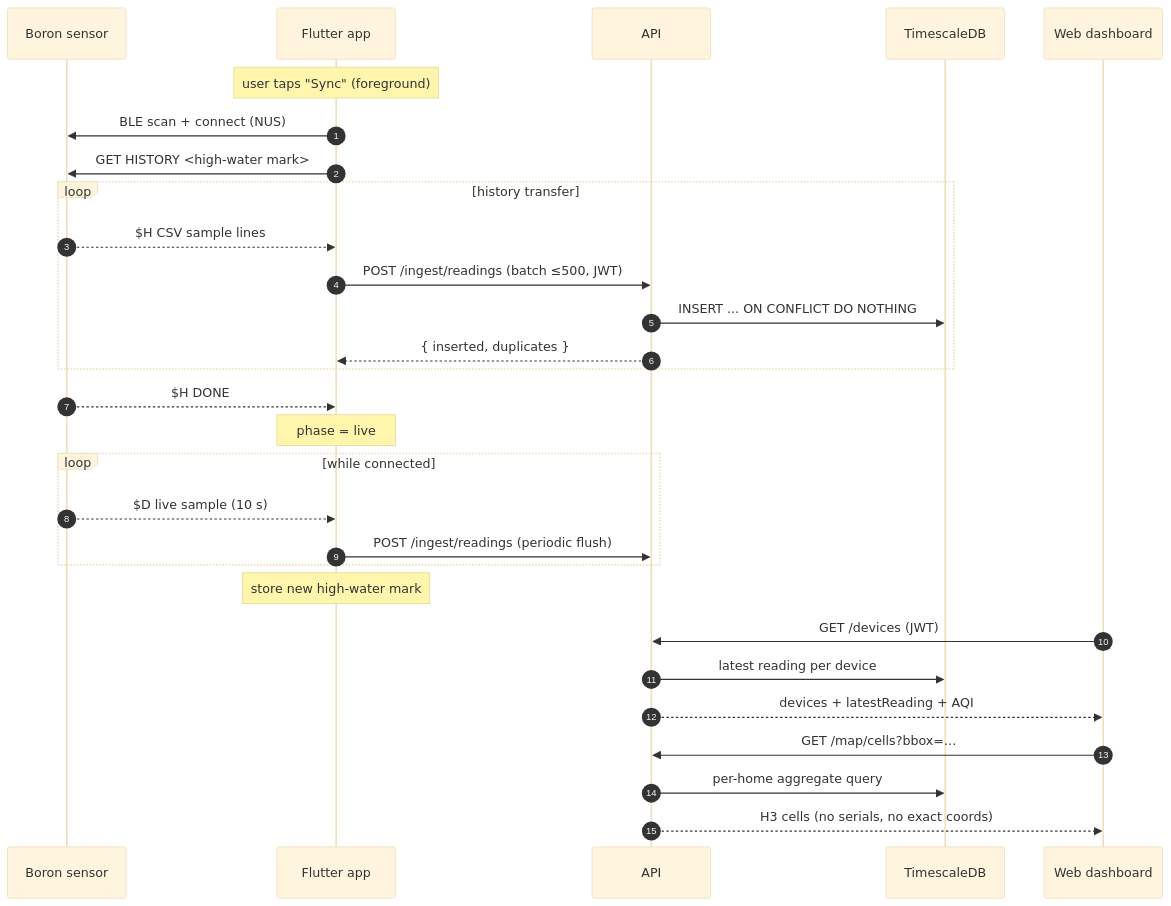
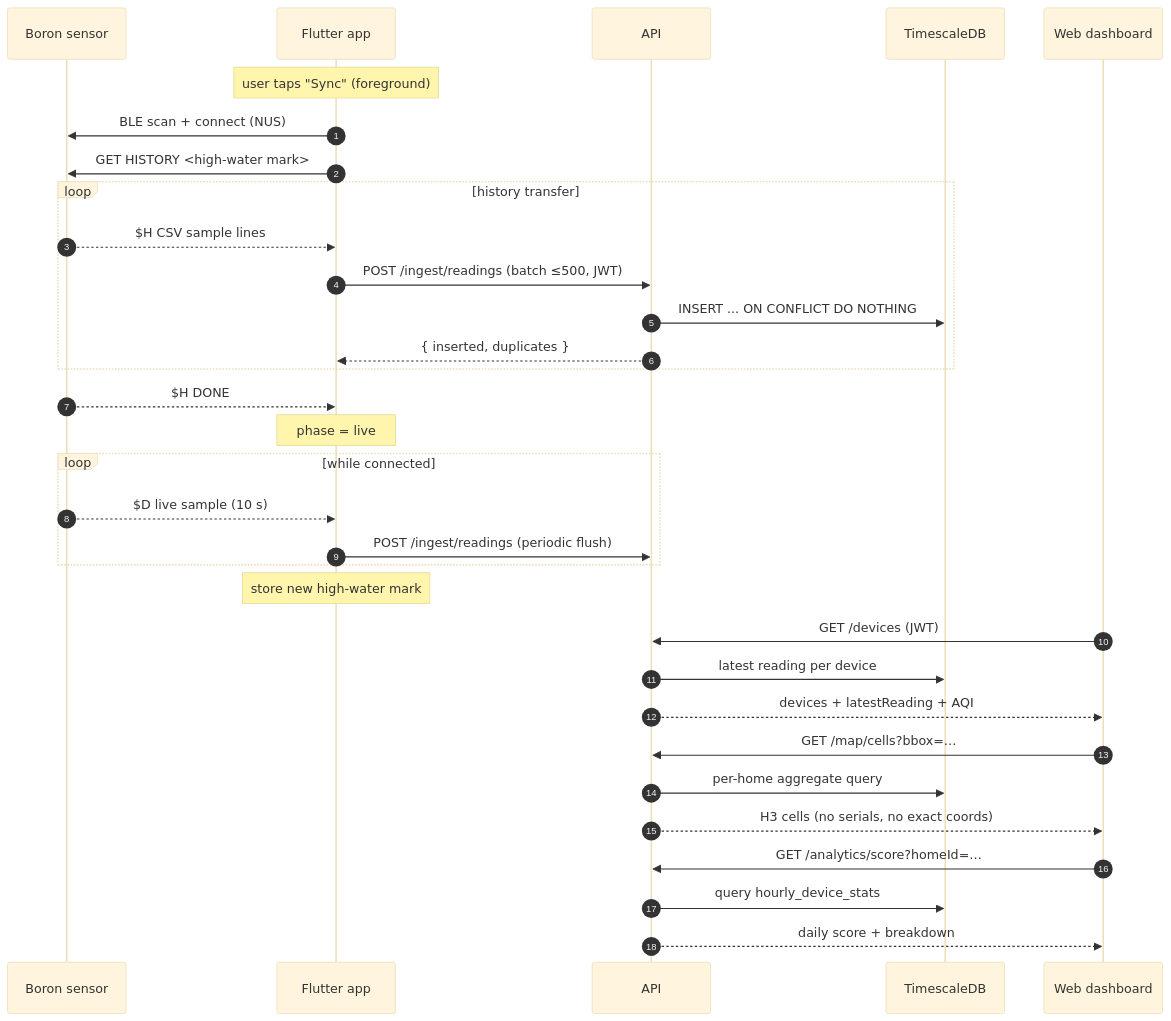
One commit to Hek846/aerospec changed the second of 9 diagrams in docs/ARCHITECTURE.md. Above: the diagram before and after it, drawn with Mermaid (base theme). The commit also changed other lines of this file and 10 other files, not shown here.

First line of the commit message:
API: Air Quality Score analytics + device/neighborhood/city comparison

````diff
--- a/docs/ARCHITECTURE.md
+++ b/docs/ARCHITECTURE.md
@@ -59,33 +62,36 @@
 ```mermaid
 sequenceDiagram
     autonumber
     participant S as Boron sensor
     participant M as Flutter app
     participant A as API
     participant D as TimescaleDB
     participant W as Web dashboard
 
     Note over M: user taps "Sync" (foreground)
     M->>S: BLE scan + connect (NUS)
     M->>S: GET HISTORY <high-water mark>
     loop history transfer
         S-->>M: $H CSV sample lines
         M->>A: POST /ingest/readings (batch ≤500, JWT)
         A->>D: INSERT ... ON CONFLICT DO NOTHING
         A-->>M: { inserted, duplicates }
     end
     S-->>M: $H DONE
     Note over M: phase = live
     loop while connected
         S-->>M: $D live sample (10 s)
         M->>A: POST /ingest/readings (periodic flush)
     end
     Note over M: store new high-water mark
 
     W->>A: GET /devices (JWT)
     A->>D: latest reading per device
     A-->>W: devices + latestReading + AQI
     W->>A: GET /map/cells?bbox=…
     A->>D: per-home aggregate query
     A-->>W: H3 cells (no serials, no exact coords)
+    W->>A: GET /analytics/score?homeId=…
+    A->>D: query hourly_device_stats
+    A-->>W: daily score + breakdown
 ```
````
